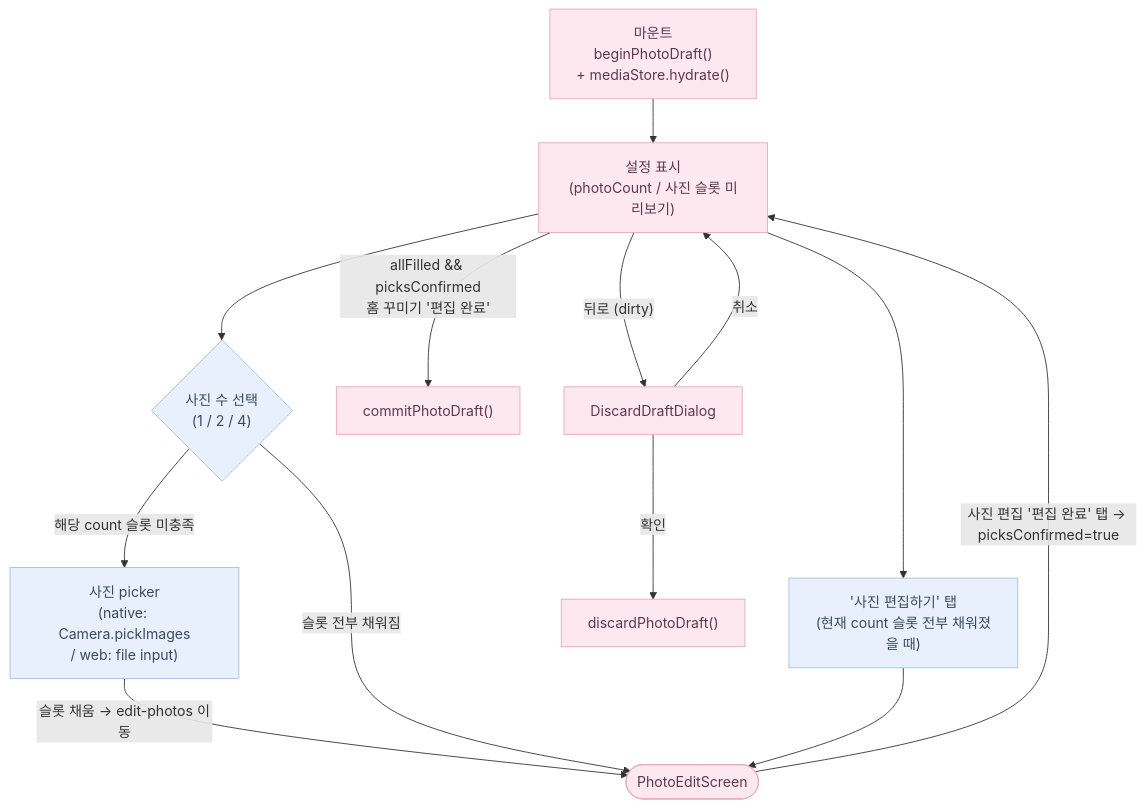
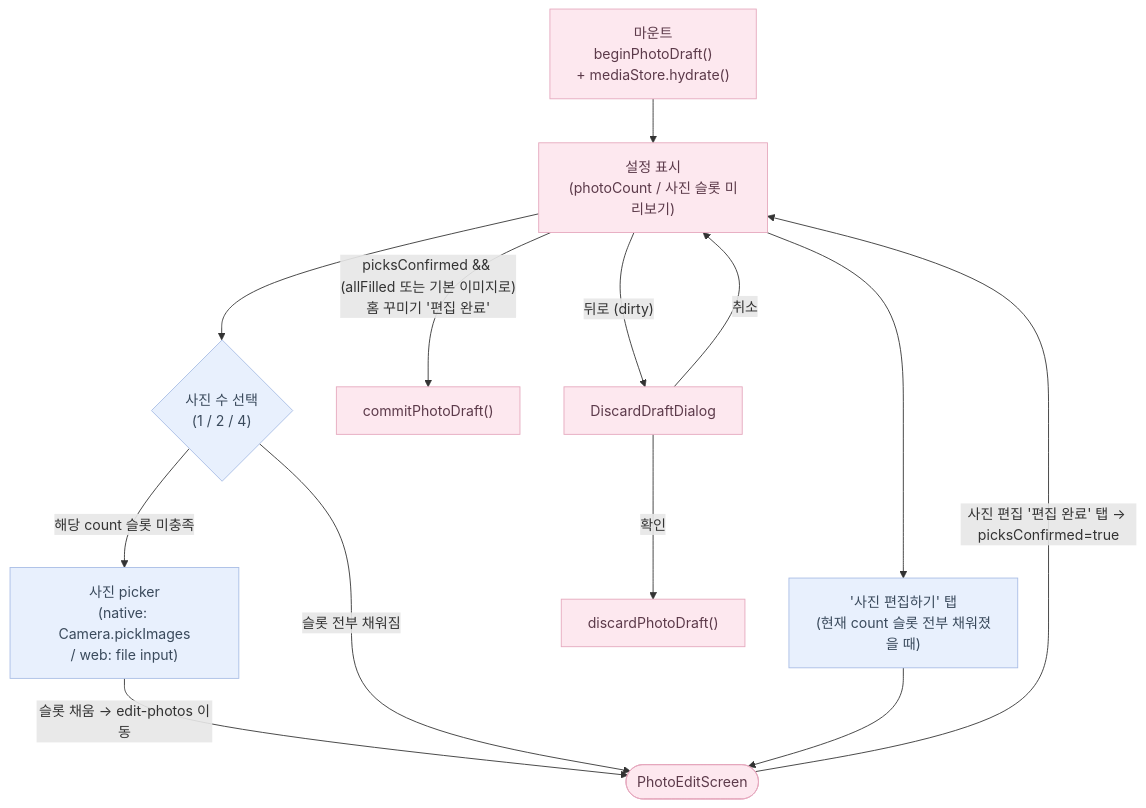
One commit to soojjung/dwee-wellness-tracker changed the third of 6 diagrams in docs/flows/customize.md. Above: the diagram before and after it, drawn with Mermaid. The commit also changed other lines of this file and 54 other files, not shown here.

````diff
--- a/docs/flows/customize.md
+++ b/docs/flows/customize.md
@@ -73,22 +73,22 @@
 ```mermaid
 flowchart TD
     Mount["마운트\nbeginPhotoDraft()\n+ mediaStore.hydrate()"] --> Show["설정 표시\n(photoCount / 사진 슬롯 미리보기)"]
     Show --> EditCount{"사진 수 선택\n(1 / 2 / 4)"}
     Show --> TapEdit["'사진 편집하기' 탭\n(현재 count 슬롯 전부 채워졌을 때)"]
 
     EditCount -->|"해당 count 슬롯 미충족"| Pick["사진 picker\n(native: Camera.pickImages\n/ web: file input)"]
     Pick -->|"슬롯 채움 → edit-photos 이동"| EditPhotos([PhotoEditScreen])
     EditCount -->|"슬롯 전부 채워짐"| EditPhotos
     TapEdit --> EditPhotos
     EditPhotos -->|"사진 편집 '편집 완료' 탭 → picksConfirmed=true"| Show
 
-    Show -->|"allFilled && picksConfirmed\n홈 꾸미기 '편집 완료'"| Commit["commitPhotoDraft()"]
+    Show -->|"picksConfirmed && (allFilled 또는 기본 이미지로)\n홈 꾸미기 '편집 완료'"| Commit["commitPhotoDraft()"]
     Show -->|"뒤로 (dirty)"| Dialog["DiscardDraftDialog"]
     Dialog -->|"확인"| Discard["discardPhotoDraft()"]
     Dialog -->|"취소"| Show
 
     classDef ui fill:#FDE8EF,stroke:#E5A8BD,color:#5C3A4A;
     classDef logic fill:#E8F0FD,stroke:#A8BDE5,color:#3A4A5C;
     class Mount,Show,EditPhotos,Commit,Discard,Dialog ui;
     class EditCount,TapEdit,Pick logic;
 ```
````
